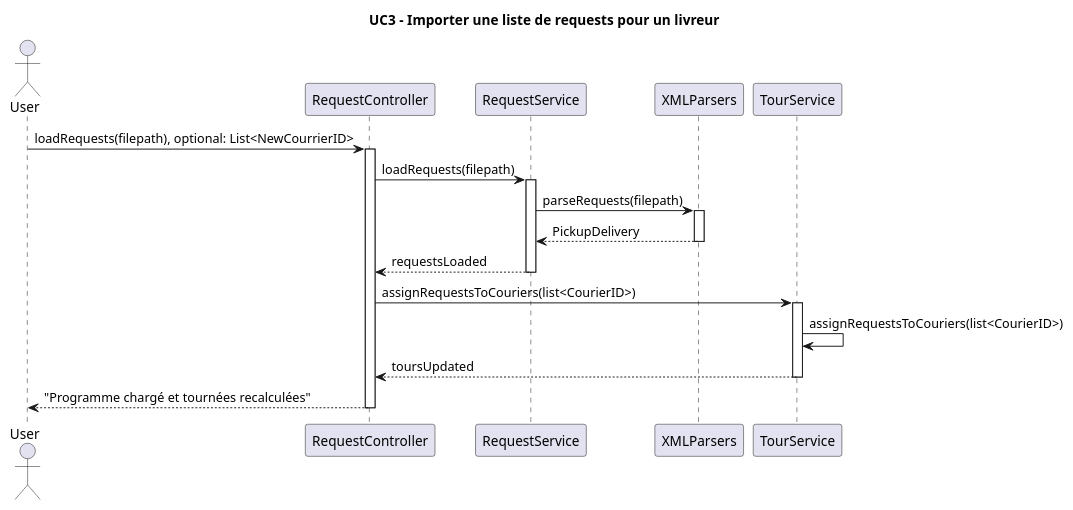
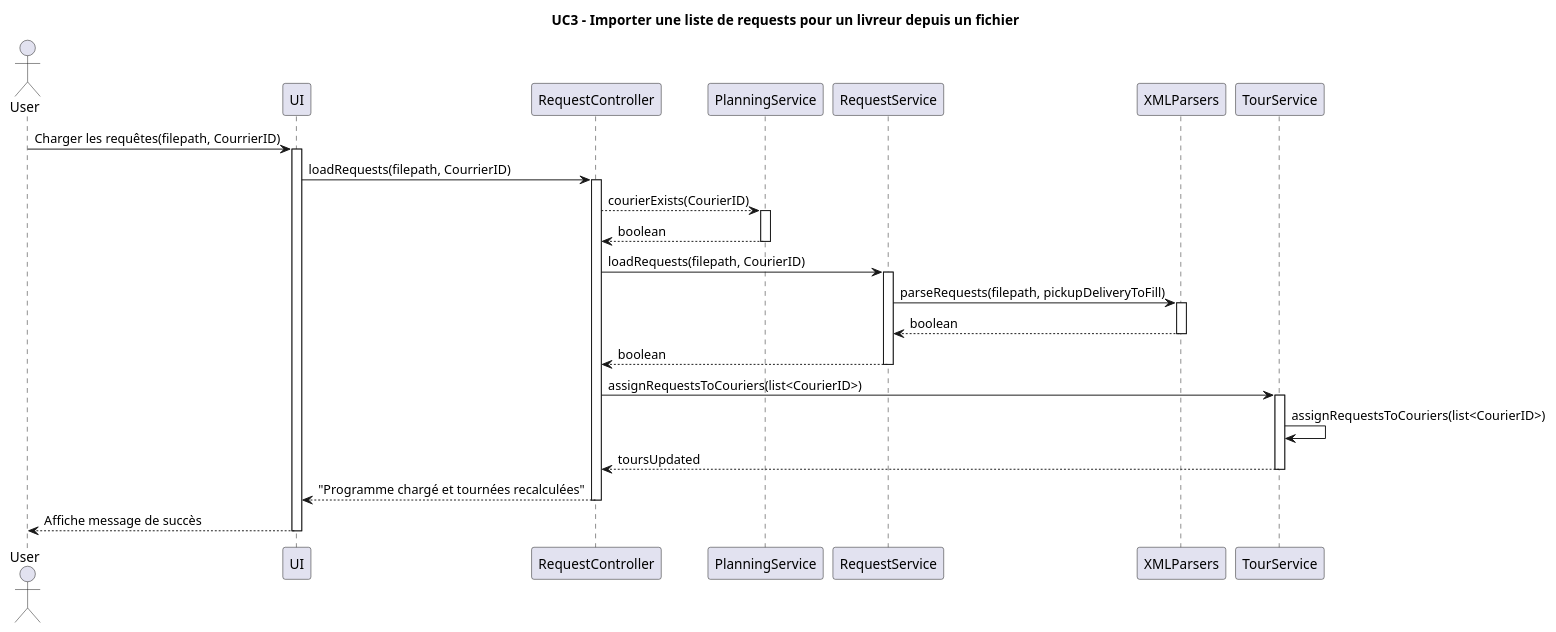
Before and after one commit to enzo-dosanjos/Pickup_Delivery_App: the diagram in diagrams/diagramUC3_Import-requests.plantuml, drawn with PlantUML. The commit also changed 13 other files, not shown here.

Commit message:
Created or updated Sequence Diagrams

```diff
--- a/diagrams/diagramUC3_Import-requests.plantuml
+++ b/diagrams/diagramUC3_Import-requests.plantuml
@@ -1,32 +1,47 @@
 @startuml
-title UC3 - Importer une liste de requests pour un livreur
+title UC3 - Importer une liste de requests pour un livreur depuis un fichier
 
 actor User
+participant "UI" as UI
 participant "RequestController" as RC
+participant "PlanningService" as PS
 participant "RequestService" as RS
 participant "XMLParsers" as XP
 participant "TourService" as TS
 
-User -> RC : loadRequests(filepath), optional: List<NewCourrierID>
+User -> UI : Charger les requêtes(filepath, CourrierID)
+activate UI
+
+UI -> RC : loadRequests(filepath, CourrierID)
 activate RC
 
-RC -> RS : loadRequests(filepath)
+RC --> PS : courierExists(CourierID)
+activate PS
+
+PS --> RC : boolean
+deactivate PS
+
+RC -> RS : loadRequests(filepath, CourierID)
 activate RS
 
-RS -> XP : parseRequests(filepath)
+RS -> XP : parseRequests(filepath, pickupDeliveryToFill)
 activate XP
-XP --> RS : PickupDelivery
+
+XP --> RS : boolean
 deactivate XP
 
-RS --> RC : requestsLoaded
+RS --> RC : boolean
 deactivate RS
 
 RC -> TS : assignRequestsToCouriers(list<CourierID>)
 activate TS
 TS -> TS : assignRequestsToCouriers(list<CourierID>)
 TS --> RC : toursUpdated
 deactivate TS
 
-RC --> User : "Programme chargé et tournées recalculées"
+RC --> UI : "Programme chargé et tournées recalculées"
 deactivate RC
+
+UI --> User : Affiche message de succès
+deactivate UI
 @enduml
```
